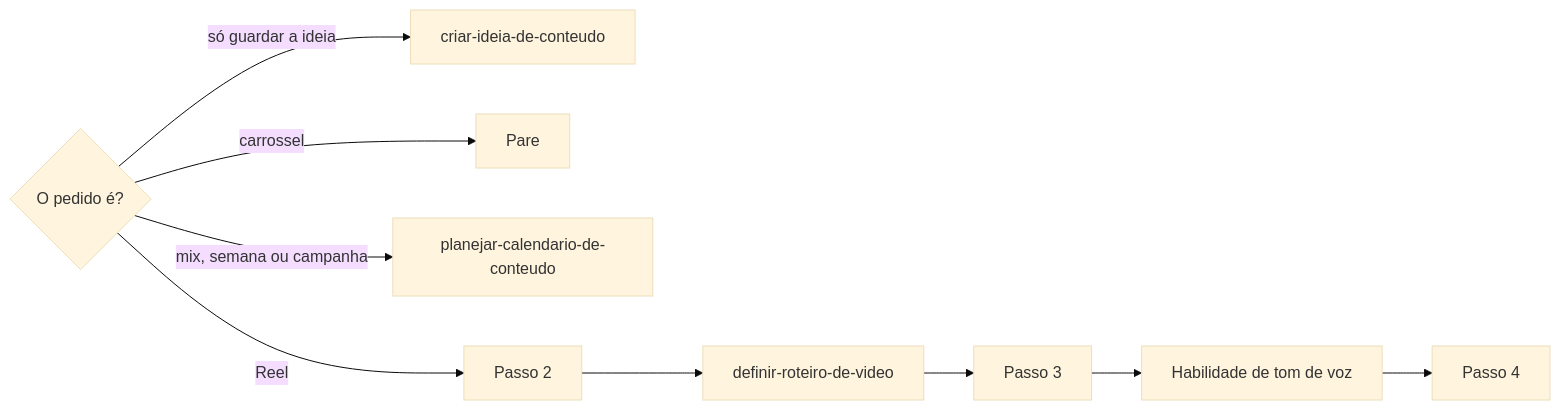
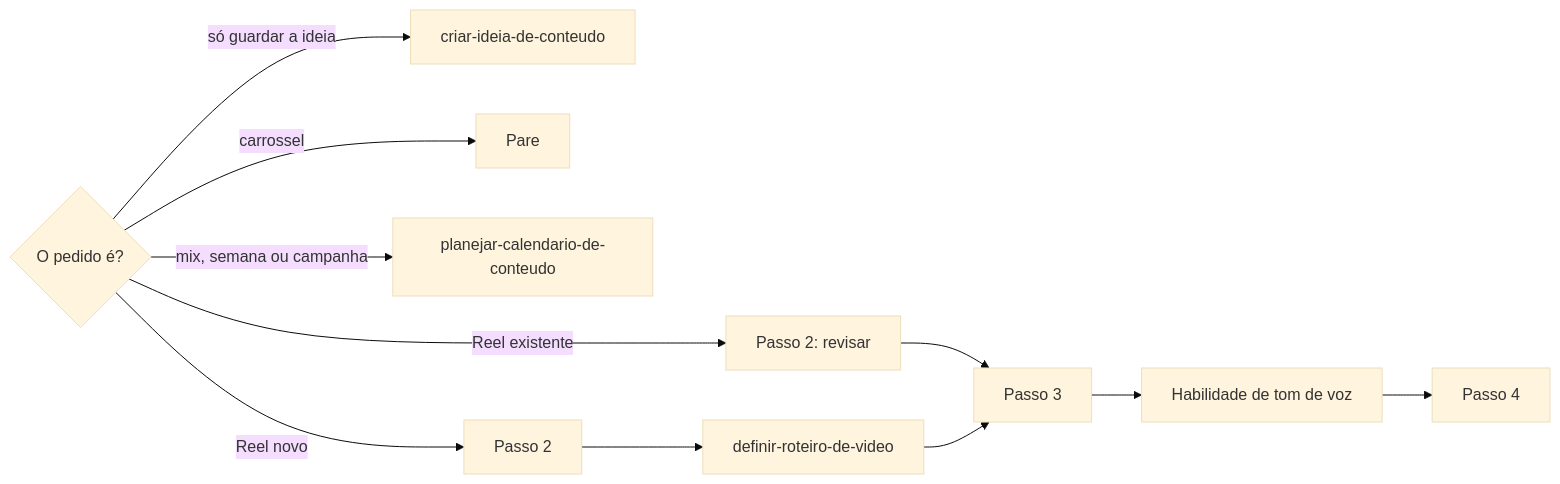
The diagram in .agents/skills/definir-reel-do-instagram/SKILL.md (jimmyandrade/harness), drawn with Mermaid (base theme) before and after one commit. The commit also changed other lines of this file and 2 other files, not shown here.

Commit message:
feat(definir-reel-do-instagram): review an existing Reel without deleting human contributions

````diff
--- a/.agents/skills/definir-reel-do-instagram/SKILL.md
+++ b/.agents/skills/definir-reel-do-instagram/SKILL.md
@@ -38,11 +38,13 @@
 ```mermaid
 flowchart LR
   Q{O pedido é?} -->|só guardar a ideia| I[criar-ideia-de-conteudo]
   Q -->|carrossel| X[Pare]
   Q -->|mix, semana ou campanha| C[planejar-calendario-de-conteudo]
-  Q -->|Reel| P2[Passo 2]
+  Q -->|Reel novo| P2[Passo 2]
+  Q -->|Reel existente| RV[Passo 2: revisar]
+  RV --> P3
   P2 --> R[definir-roteiro-de-video]
   R --> P3[Passo 3]
   P3 --> T[Habilidade de tom de voz]
   T --> P4[Passo 4]
 ```
````
